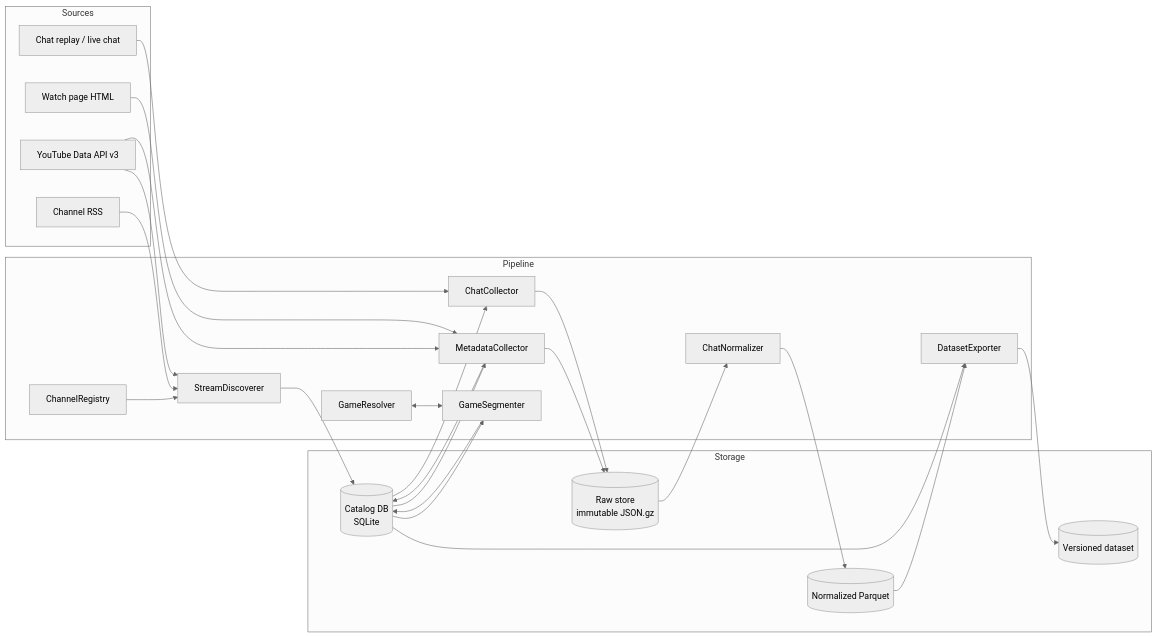
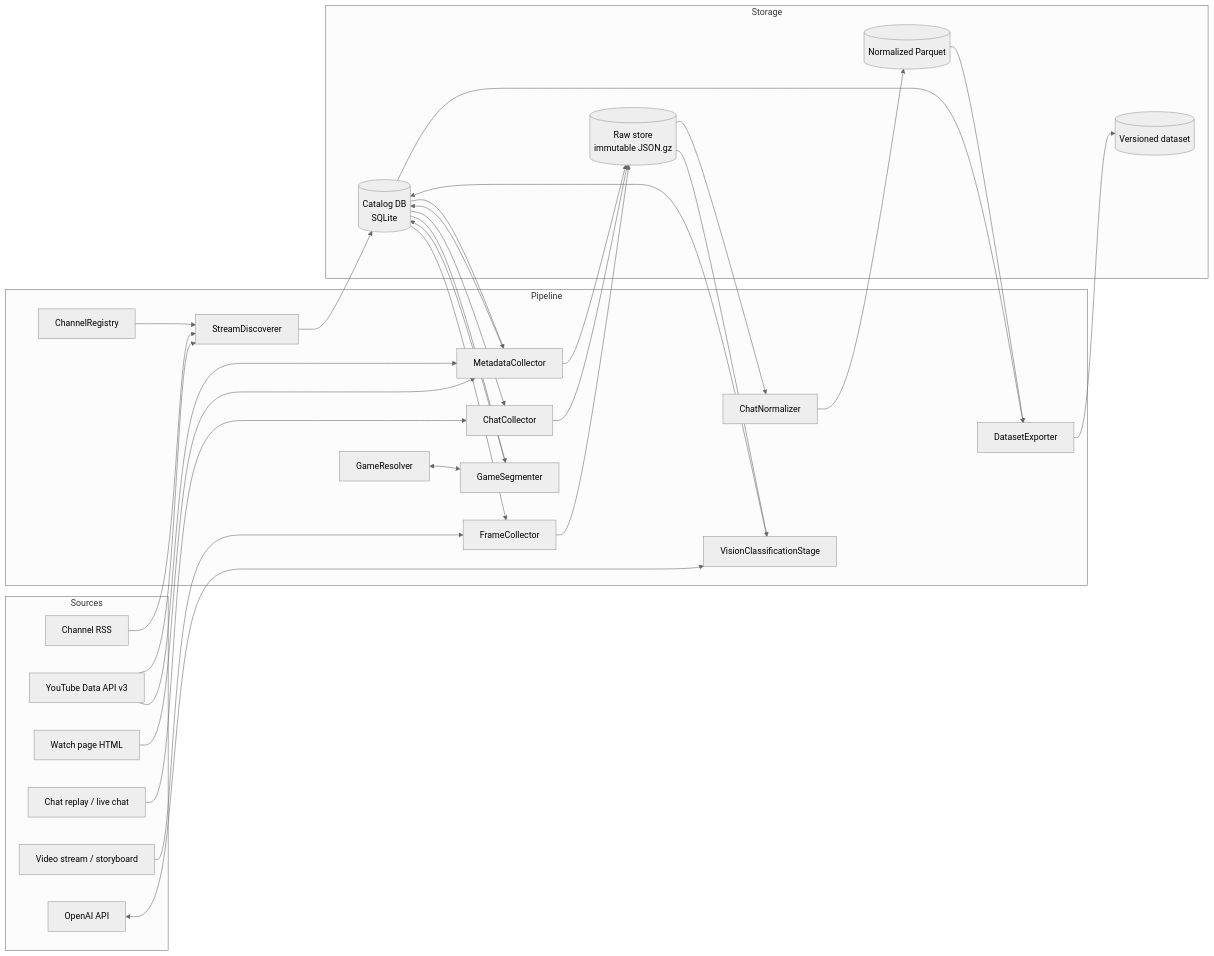
Before and after one commit to konbraphat51/YtLiveCommentsJpGame: the first of 6 diagrams in Docs/SystemDesign.md, drawn with Mermaid (neutral theme). The commit also changed other lines of this file and 1 other file, not shown here.

First line of the commit message:
docs: extend design with vision segmentation, query layer, channel policy and quota priorities

````diff
--- a/Docs/SystemDesign.md
+++ b/Docs/SystemDesign.md
@@ -56,47 +60,57 @@
 ```mermaid
 flowchart LR
   subgraph Sources
     RSS[Channel RSS]
     API[YouTube Data API v3]
     WATCH[Watch page HTML]
     CHAT[Chat replay / live chat]
+    VID[Video stream / storyboard]
+    OAI[OpenAI API]
   end
 
   subgraph Pipeline
     REG[ChannelRegistry]
     DISC[StreamDiscoverer]
     META[MetadataCollector]
     CHATF[ChatCollector]
     SEG[GameSegmenter]
     RES[GameResolver]
     NORM[ChatNormalizer]
+    FRM[FrameCollector]
+    VIS[VisionClassificationStage]
     EXP[DatasetExporter]
   end
 
   subgraph Storage
     RAW[(Raw store<br/>immutable JSON.gz)]
     CAT[(Catalog DB<br/>SQLite)]
     PQ[(Normalized Parquet)]
     DS[(Versioned dataset)]
   end
 
   REG --> DISC
   RSS --> DISC
   API --> DISC
   DISC --> CAT
   CAT --> META
   API --> META
   WATCH --> META
   META --> RAW
   META --> CAT
   CAT --> CHATF
   CHAT --> CHATF
   CHATF --> RAW
   RAW --> NORM --> PQ
+  CAT --> FRM
+  VID --> FRM
+  FRM --> RAW
+  RAW --> VIS
+  OAI <--> VIS
+  VIS --> CAT
   CAT --> SEG
   RES <--> SEG
   SEG --> CAT
   PQ --> EXP
   CAT --> EXP
   EXP --> DS
 ```
````
